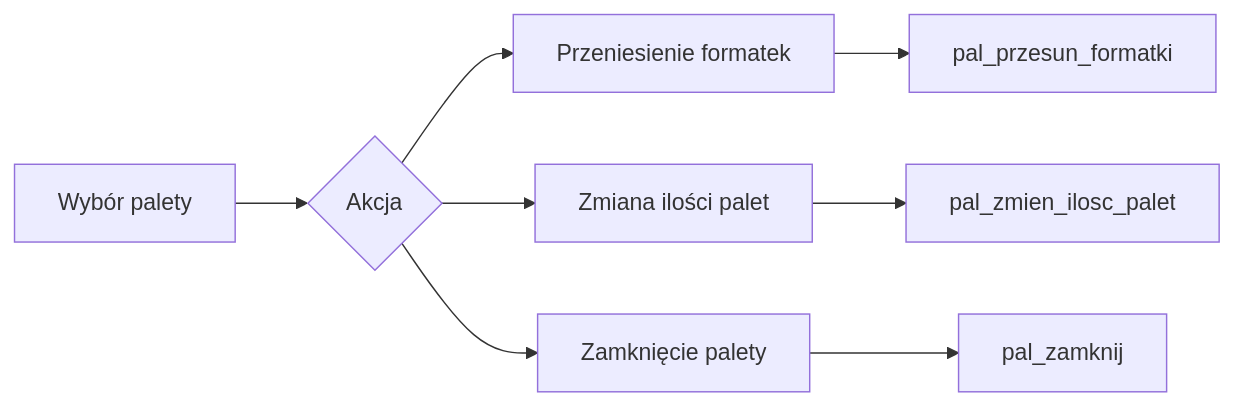
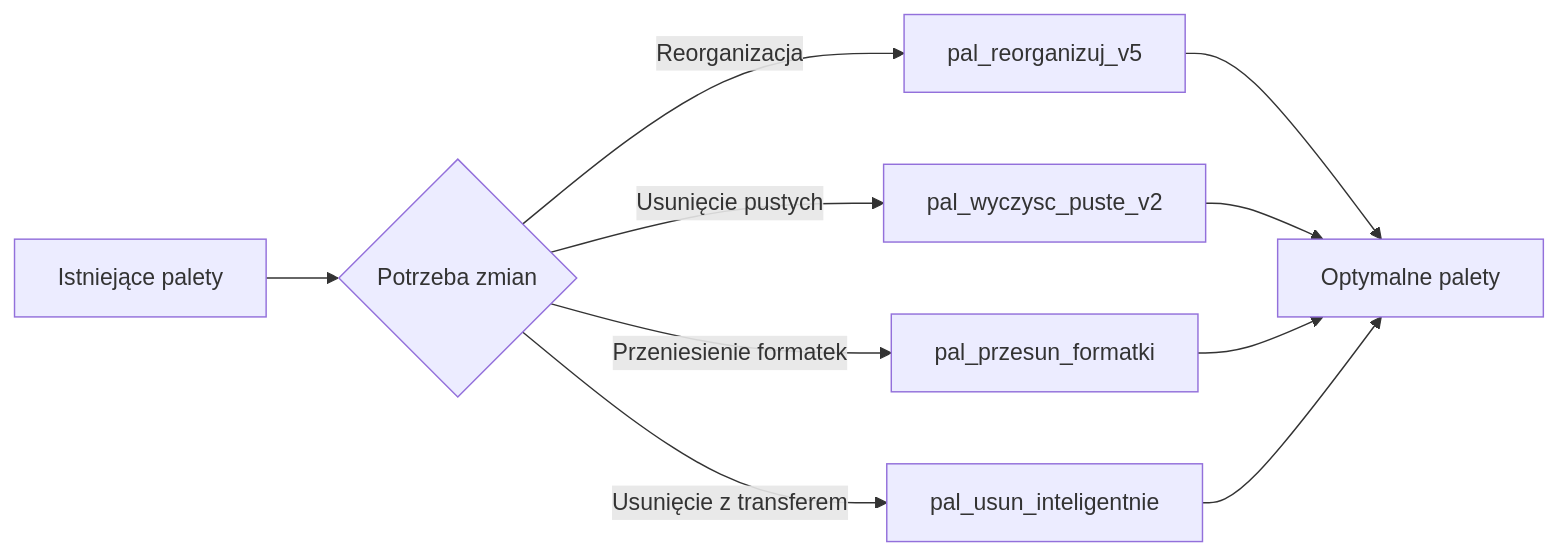
One commit to marlowX/AlpApp changed the second of 3 diagrams in apps/zko/src/modules/zko/components/PaletyManager/README.md. Above: the diagram before and after it, drawn with Mermaid. The commit also changed other lines of this file and 11 other files, not shown here.

````diff
--- a/apps/zko/src/modules/zko/components/PaletyManager/README.md
+++ b/apps/zko/src/modules/zko/components/PaletyManager/README.md
@@ -193,10 +261,12 @@
 ```mermaid
 graph LR
-    A[Wybór palety] --> B{Akcja}
-    B --> C[Przeniesienie formatek]
-    B --> D[Zmiana ilości palet]
-    B --> E[Zamknięcie palety]
-    C --> F[pal_przesun_formatki]
-    D --> G[pal_zmien_ilosc_palet]
-    E --> H[pal_zamknij]
+    A[Istniejące palety] --> B{Potrzeba zmian}
+    B -->|Reorganizacja| C[pal_reorganizuj_v5]
+    B -->|Usunięcie pustych| D[pal_wyczysc_puste_v2]
+    B -->|Przeniesienie formatek| E[pal_przesun_formatki]
+    B -->|Usunięcie z transferem| F[pal_usun_inteligentnie]
+    C --> G[Optymalne palety]
+    D --> G
+    E --> G
+    F --> G
 ```
````
